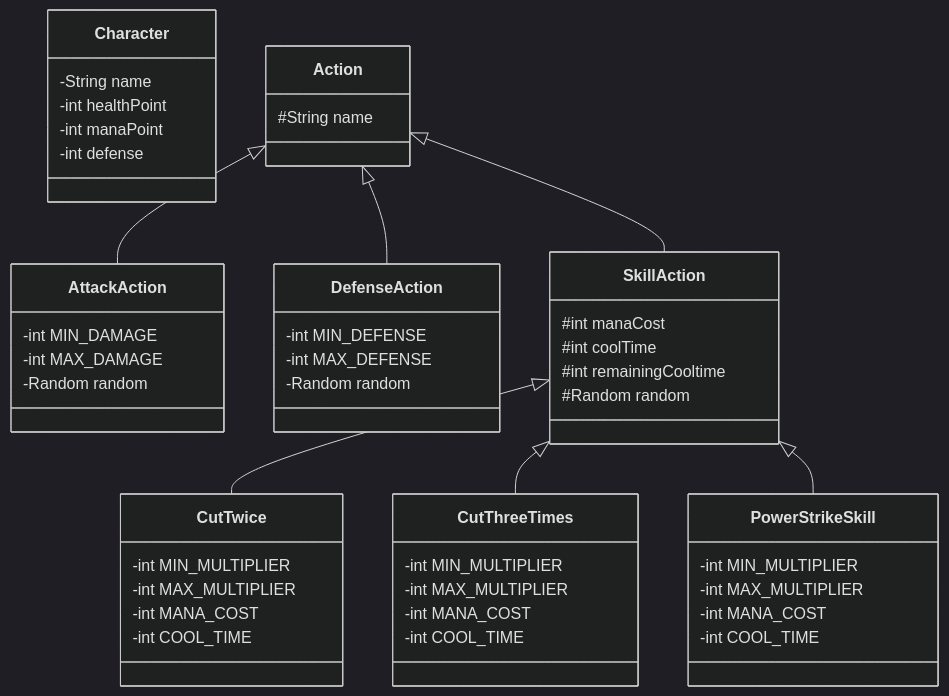
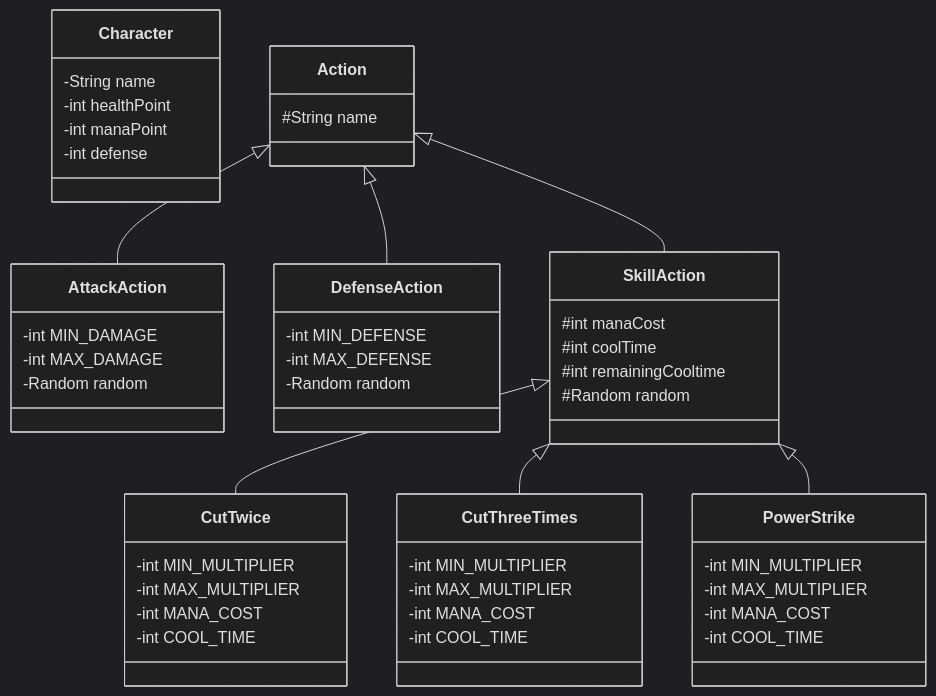
Before and after one commit to hye-inA/2024-2-mission-course-java: the diagram in TODO.md, drawn with Mermaid (dark theme). The commit also changed other lines of this file and 1 other file, not shown here.

```diff
--- a/TODO.md
+++ b/TODO.md
@@ -7,60 +7,60 @@
 ~~~mermaid
 classDiagram
     class Character {
         -String name 
         -int healthPoint
         -int manaPoint
         -int defense
     }
 
     class Action {
         #String name
     }
 
     class AttackAction {
         -int MIN_DAMAGE
         -int MAX_DAMAGE
         -Random random
     }
 
     class DefenseAction {
         -int MIN_DEFENSE
         -int MAX_DEFENSE
         -Random random
     }
 
     class SkillAction {
         #int manaCost
         #int coolTime
         #int remainingCooltime
         #Random random
     }
 
     class CutTwice {
         -int MIN_MULTIPLIER
         -int MAX_MULTIPLIER
         -int MANA_COST
         -int COOL_TIME
     }
 
     class CutThreeTimes {
         -int MIN_MULTIPLIER
         -int MAX_MULTIPLIER
         -int MANA_COST
         -int COOL_TIME
     }
 
-    class PowerStrikeSkill {
+    class PowerStrike {
         -int MIN_MULTIPLIER
         -int MAX_MULTIPLIER
         -int MANA_COST
         -int COOL_TIME
     }
 
     Action <|-- AttackAction
     Action <|-- DefenseAction
     Action <|-- SkillAction
     SkillAction <|-- CutTwice
     SkillAction <|-- CutThreeTimes
-    SkillAction <|-- PowerStrikeSkill
+    SkillAction <|-- PowerStrike
 ~~~
```
